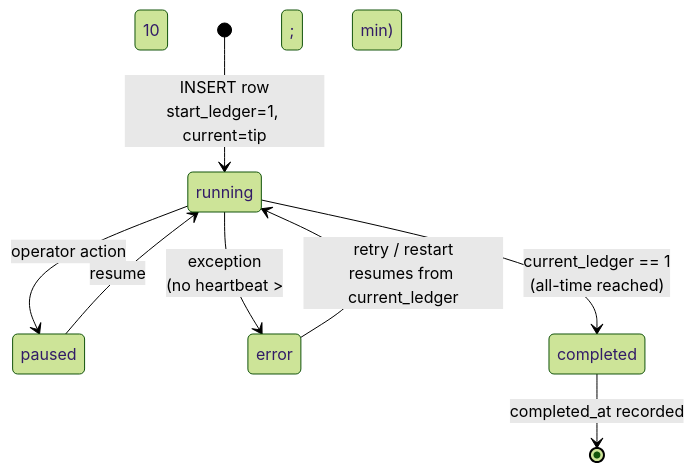
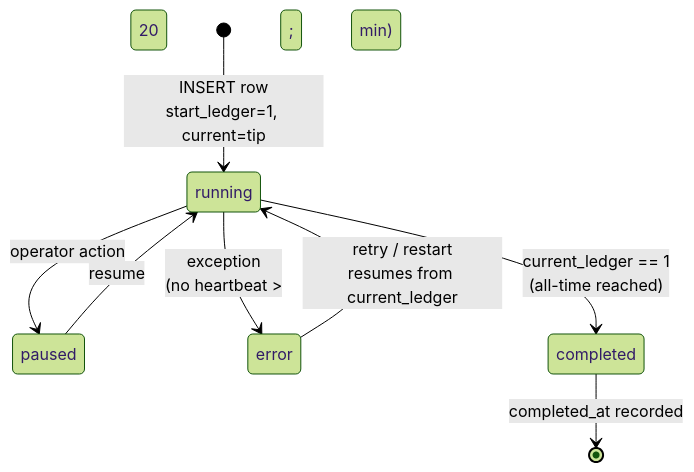
One commit to rumblefishdev/stellar-prices-api changed the tenth of 13 diagrams in docs/database-schema/database-schema-overview.md. Above: the diagram before and after it, drawn with Mermaid (forest theme). The commit also changed other lines of this file and 1 other file, not shown here.

Commit message:
chore: change backfill to 20min threshold

````diff
--- a/docs/database-schema/database-schema-overview.md
+++ b/docs/database-schema/database-schema-overview.md
@@ -936,10 +938,10 @@
 ```mermaid
 stateDiagram-v2
     [*] --> running : INSERT row<br/>start_ledger=1, current=tip
     running --> paused : operator action
     paused --> running : resume
-    running --> error : exception<br/>(no heartbeat &gt; 10 min)
+    running --> error : exception<br/>(no heartbeat &gt; 20 min)
     error --> running : retry / restart<br/>resumes from current_ledger
     running --> completed : current_ledger == 1<br/>(all-time reached)
     completed --> [*] : completed_at recorded
 ```
````
